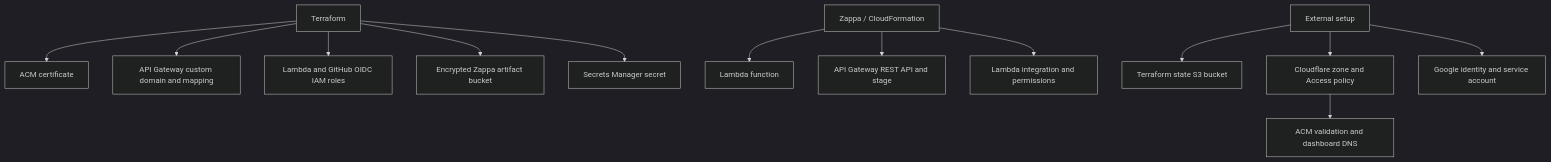
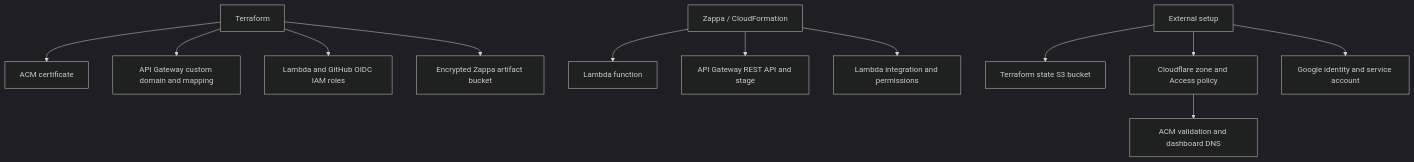
Before and after one commit to praveenkumarv-github/portfolio: the second of 3 diagrams in README.md, drawn with Mermaid (dark theme). The commit also changed other lines of this file and 12 other files, not shown here.

Commit message:
Refactor Google service account handling: remove Secrets Manager integration and update documentation

````diff
--- a/README.md
+++ b/README.md
@@ -51,17 +50,16 @@
 ```mermaid
 flowchart TB
     TF[Terraform] --> ACM[ACM certificate]
     TF --> DOMAIN[API Gateway custom domain and mapping]
     TF --> IAM[Lambda and GitHub OIDC IAM roles]
     TF --> S3[Encrypted Zappa artifact bucket]
-    TF --> SECRET[Secrets Manager secret]
 
     Z[Zappa / CloudFormation] --> LAMBDA[Lambda function]
     Z --> REST[API Gateway REST API and stage]
     Z --> INVOKE[Lambda integration and permissions]
 
     EXT[External setup] --> BACKEND[Terraform state S3 bucket]
     EXT --> CF[Cloudflare zone and Access policy]
     CF --> DNS[ACM validation and dashboard DNS]
     EXT --> GOOGLE[Google identity and service account]
 ```
````
